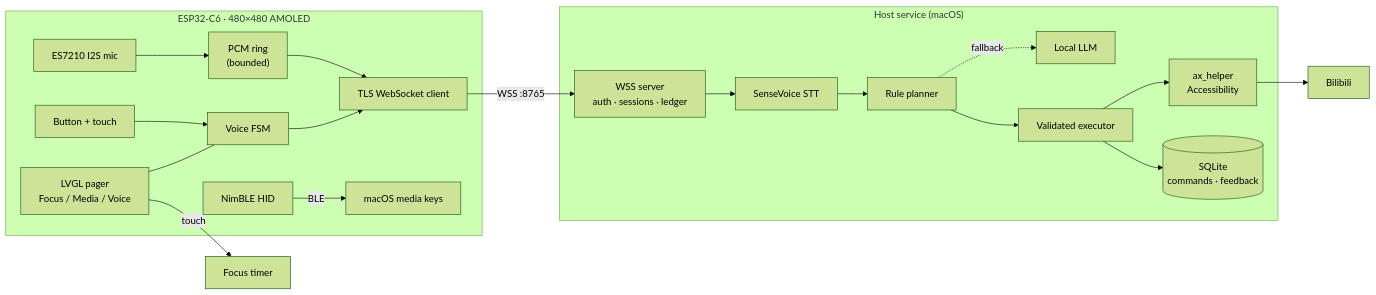
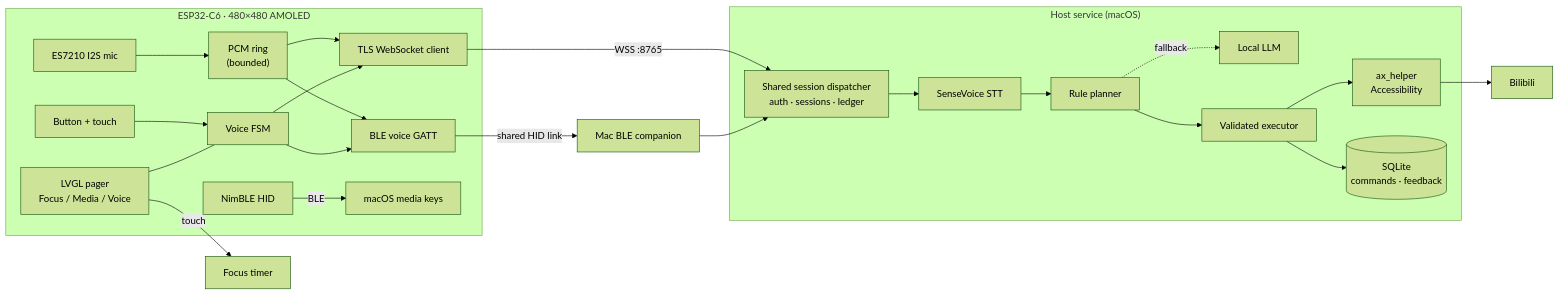
The diagram in README.md (Acache/desk-mate), drawn with Mermaid (forest theme) before and after one commit. The commit also changed other lines of this file and 90 other files, not shown here.

First line of the commit message:
feat: checkpoint power UI, device management and shared BLE voice

````diff
--- a/README.md
+++ b/README.md
@@ -57,27 +71,30 @@
 ```mermaid
 flowchart LR
     subgraph Device["ESP32-C6 · 480×480 AMOLED"]
         UI["LVGL pager<br/>Focus / Media / Voice"]
         MIC["ES7210 I2S mic"] --> RING["PCM ring<br/>(bounded)"]
         BTN["Button + touch"] --> SM["Voice FSM"]
         UI --- SM
         RING --> WS
         SM --> WS
+        RING --> BV["BLE voice GATT"]
+        SM --> BV
         BLE["NimBLE HID"] -->|BLE| MAC2["macOS media keys"]
     end
 
     WS["TLS WebSocket client"] -->|WSS :8765| SVC
+    BV -->|shared HID link| BRIDGE["Mac BLE companion"] --> SVC
 
     subgraph Host["Host service (macOS)"]
-        SVC["WSS server<br/>auth · sessions · ledger"]
+        SVC["Shared session dispatcher<br/>auth · sessions · ledger"]
         SVC --> STT["SenseVoice STT"]
         STT --> PLAN["Rule planner"]
         PLAN -.fallback.-> LLM["Local LLM"]
         PLAN --> EXEC["Validated executor"]
         EXEC --> AX["ax_helper<br/>Accessibility"]
         EXEC --> STORE[("SQLite<br/>commands · feedback")]
     end
 
     AX --> APP["Bilibili"]
     UI -->|touch| TIMER["Focus timer"]
 ```
````
